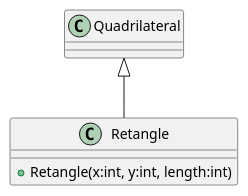
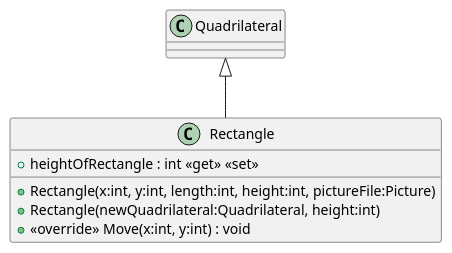
Before and after one commit to 19vano97/levelUpOOP: the diagram in plantuml/20240701_HW_Inheritence/Retangle.puml, drawn with PlantUML. The commit also changed 42 other files, not shown here.

```diff
--- a/plantuml/20240701_HW_Inheritence/Retangle.puml
+++ b/plantuml/20240701_HW_Inheritence/Retangle.puml
@@ -1,6 +1,9 @@
 @startuml
-class Retangle {
-    + Retangle(x:int, y:int, length:int)
+class Rectangle {
+    + Rectangle(x:int, y:int, length:int, height:int, pictureFile:Picture)
+    + Rectangle(newQuadrilateral:Quadrilateral, height:int)
+    + heightOfRectangle : int <<get>> <<set>>
+    + <<override>> Move(x:int, y:int) : void
 }
-Quadrilateral <|-- Retangle
+Quadrilateral <|-- Rectangle
 @enduml
```
